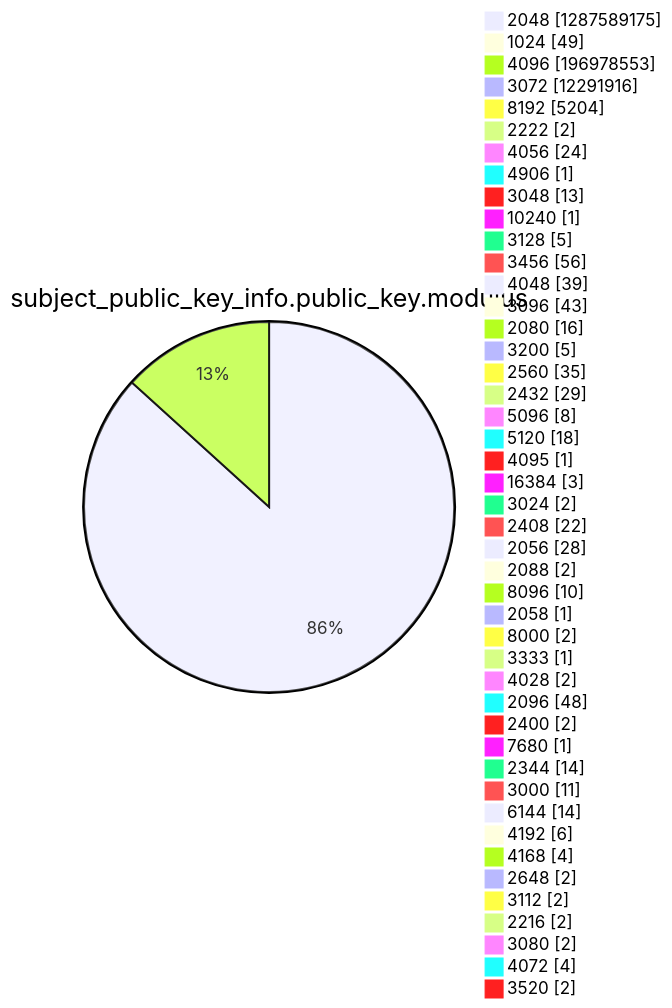
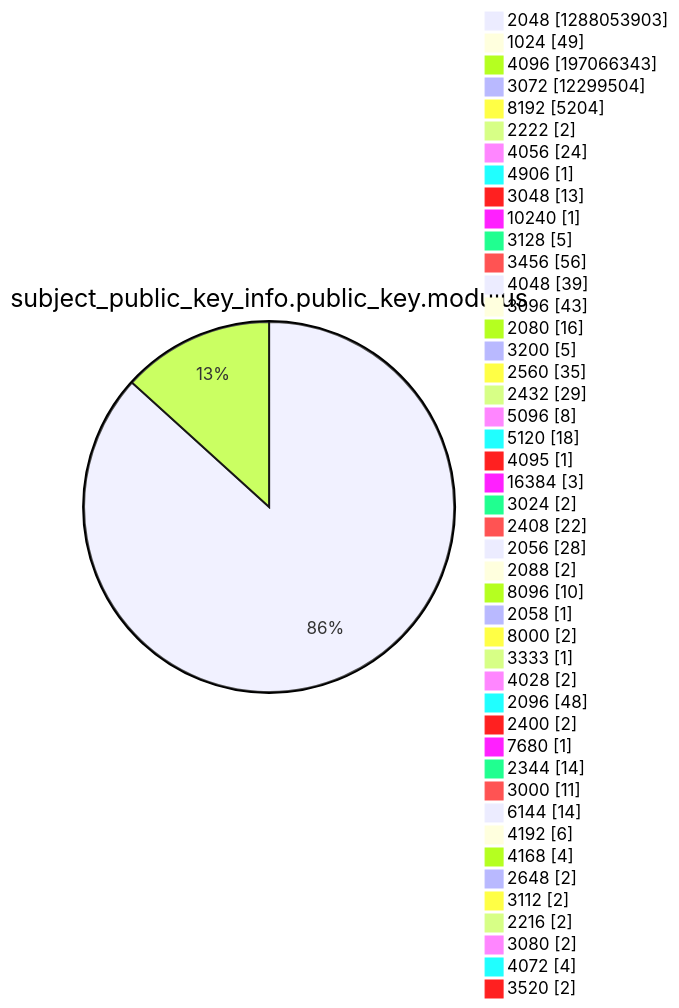
One commit to christiankrug/ctmonitor_visualization changed diagram 13 of 15 in xenon2022/README.md. Above: the diagram before and after it, drawn with Mermaid. The commit also changed other lines of this file, not shown here.

````diff
--- a/xenon2022/README.md
+++ b/xenon2022/README.md
@@ -3920,49 +3920,49 @@
 ```mermaid
 pie showData
 title subject_public_key_info.public_key.modulus
-"2048" :1287589175
+"2048" :1288053903
 "1024" :49
-"4096" :196978553
-"3072" :12291916
+"4096" :197066343
+"3072" :12299504
 "8192" :5204
 "2222" :2
 "4056" :24
 "4906" :1
 "3048" :13
 "10240" :1
 "3128" :5
 "3456" :56
 "4048" :39
 "3096" :43
 "2080" :16
 "3200" :5
 "2560" :35
 "2432" :29
 "5096" :8
 "5120" :18
 "4095" :1
 "16384" :3
 "3024" :2
 "2408" :22
 "2056" :28
 "2088" :2
 "8096" :10
 "2058" :1
 "8000" :2
 "3333" :1
 "4028" :2
 "2096" :48
 "2400" :2
 "7680" :1
 "2344" :14
 "3000" :11
 "6144" :14
 "4192" :6
 "4168" :4
 "2648" :2
 "3112" :2
 "2216" :2
 "3080" :2
 "4072" :4
 "3520" :2
 ```
````
